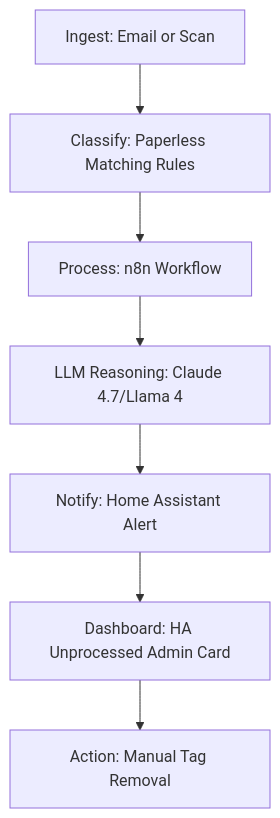
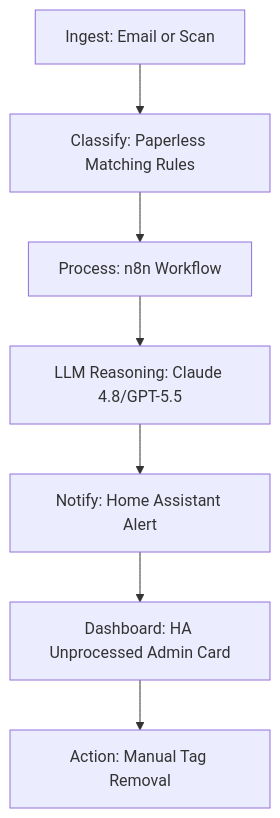
The diagram in docs/playbooks/family-admin-automation.md (joanmarcriera/Home-office-automations), drawn with Mermaid before and after one commit. The commit also changed other lines of this file and 4 other files, not shown here.

````diff
--- a/docs/playbooks/family-admin-automation.md
+++ b/docs/playbooks/family-admin-automation.md
@@ -72,9 +57,9 @@
-```mermaid
-flowchart TD
-    A[Ingest: Email or Scan] --> B[Classify: Paperless Matching Rules]
-    B --> C[Process: n8n Workflow]
-    C --> D[LLM Reasoning: Claude 4.7/Llama 4]
-    D --> E[Notify: Home Assistant Alert]
-    E --> F[Dashboard: HA Unprocessed Admin Card]
-    F --> G[Action: Manual Tag Removal]
-```
+    ```mermaid
+    flowchart TD
+        A[Ingest: Email or Scan] --> B[Classify: Paperless Matching Rules]
+        B --> C[Process: n8n Workflow]
+        C --> D[LLM Reasoning: Claude 4.8/GPT-5.5]
+        D --> E[Notify: Home Assistant Alert]
+        E --> F[Dashboard: HA Unprocessed Admin Card]
+        F --> G[Action: Manual Tag Removal]
+    ```
````
